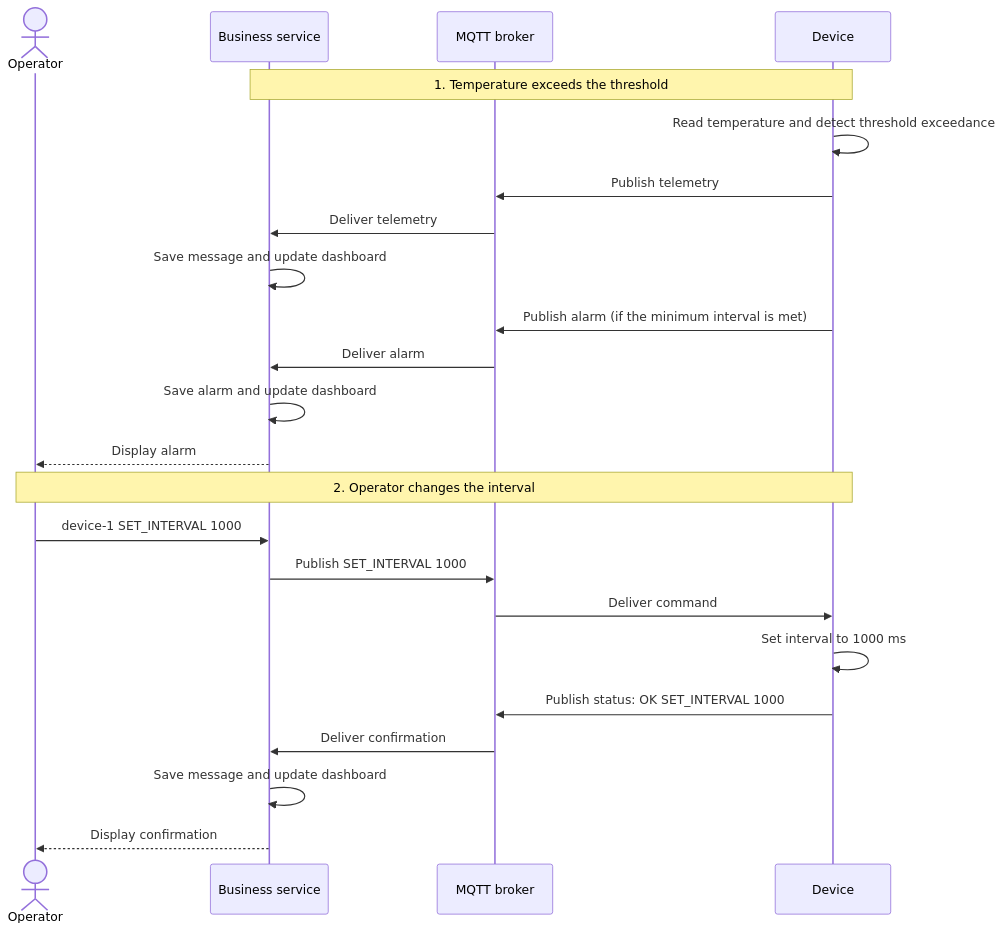
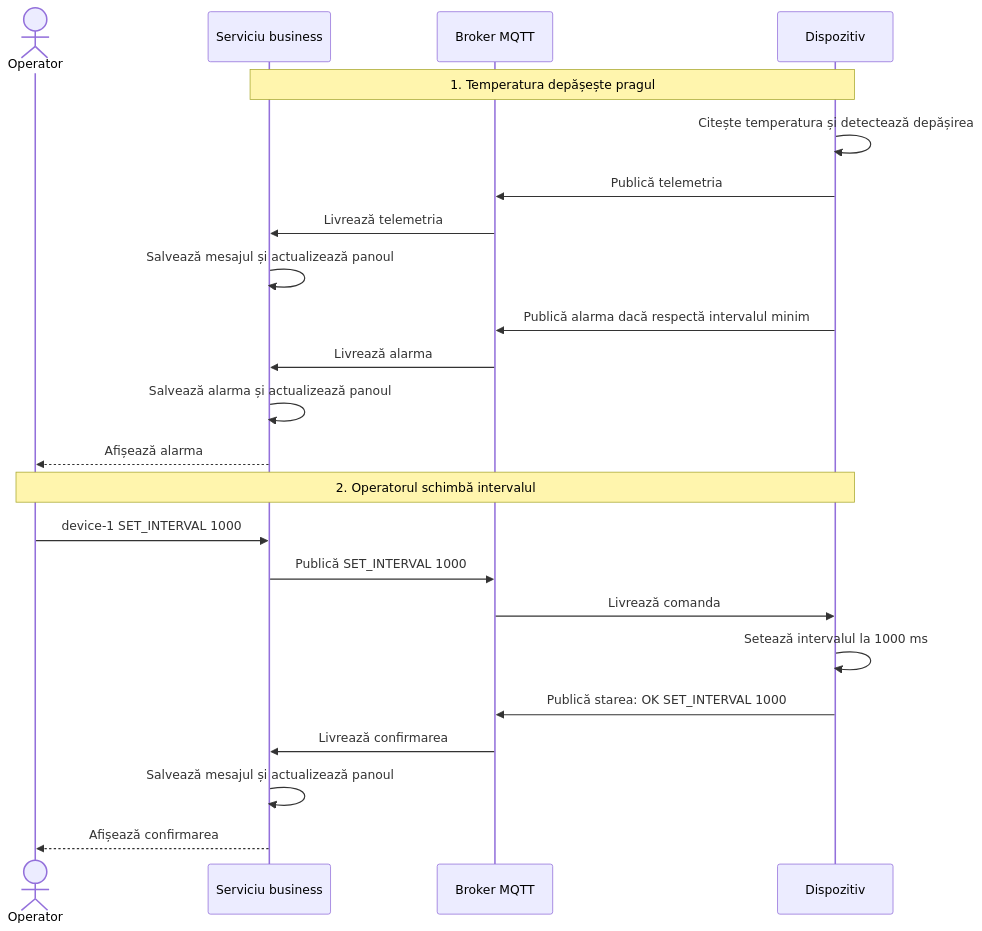
Before and after one commit to Sergiu3107/rt-homeworks: the diagram in tema-01-iot-mqtt/diagrame/diagrama-de-secventa.mmd, drawn with Mermaid. The commit also changed 13 other files, not shown here.

```diff
--- a/tema-01-iot-mqtt/diagrame/diagrama-de-secventa.mmd
+++ b/tema-01-iot-mqtt/diagrame/diagrama-de-secventa.mmd
@@ -1,25 +1,25 @@
 sequenceDiagram
     actor Operator
-    participant Service as Business service
-    participant Broker as MQTT broker
-    participant Device as Device
+    participant Service as Serviciu business
+    participant Broker as Broker MQTT
+    participant Device as Dispozitiv
 
-    Note over Device,Service: 1. Temperature exceeds the threshold
-    Device->>Device: Read temperature and detect threshold exceedance
-    Device->>Broker: Publish telemetry
-    Broker->>Service: Deliver telemetry
-    Service->>Service: Save message and update dashboard
-    Device->>Broker: Publish alarm (if the minimum interval is met)
-    Broker->>Service: Deliver alarm
-    Service->>Service: Save alarm and update dashboard
-    Service-->>Operator: Display alarm
+    Note over Device,Service: 1. Temperatura depășește pragul
+    Device->>Device: Citește temperatura și detectează depășirea
+    Device->>Broker: Publică telemetria
+    Broker->>Service: Livrează telemetria
+    Service->>Service: Salvează mesajul și actualizează panoul
+    Device->>Broker: Publică alarma dacă respectă intervalul minim
+    Broker->>Service: Livrează alarma
+    Service->>Service: Salvează alarma și actualizează panoul
+    Service-->>Operator: Afișează alarma
 
-    Note over Operator,Device: 2. Operator changes the interval
+    Note over Operator,Device: 2. Operatorul schimbă intervalul
     Operator->>Service: device-1 SET_INTERVAL 1000
-    Service->>Broker: Publish SET_INTERVAL 1000
-    Broker->>Device: Deliver command
-    Device->>Device: Set interval to 1000 ms
-    Device->>Broker: Publish status: OK SET_INTERVAL 1000
-    Broker->>Service: Deliver confirmation
-    Service->>Service: Save message and update dashboard
-    Service-->>Operator: Display confirmation
+    Service->>Broker: Publică SET_INTERVAL 1000
+    Broker->>Device: Livrează comanda
+    Device->>Device: Setează intervalul la 1000 ms
+    Device->>Broker: Publică starea: OK SET_INTERVAL 1000
+    Broker->>Service: Livrează confirmarea
+    Service->>Service: Salvează mesajul și actualizează panoul
+    Service-->>Operator: Afișează confirmarea
```
